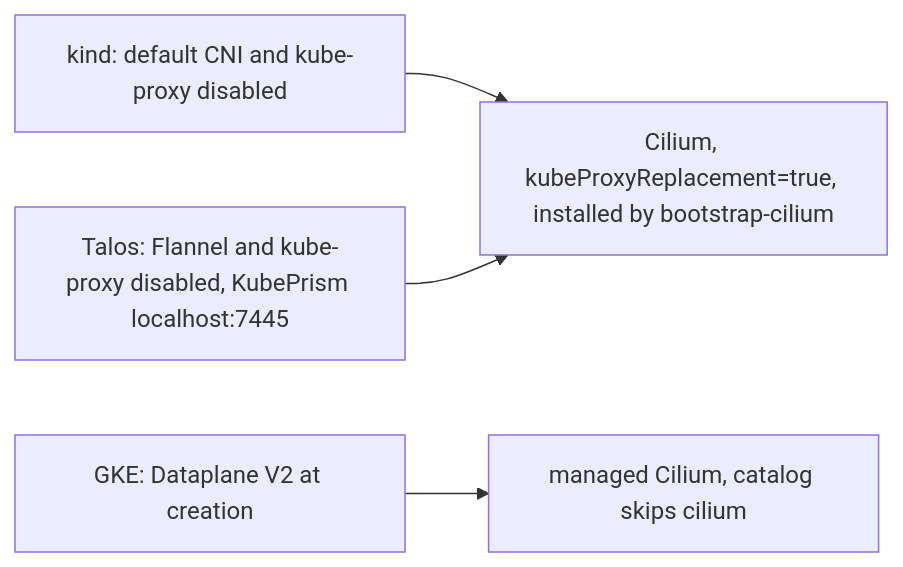
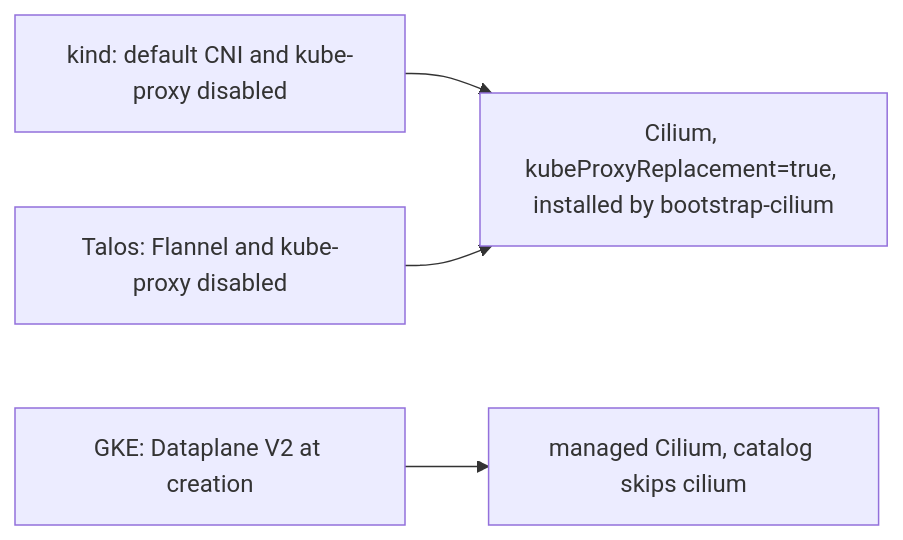
Before and after one commit to gsuquet/infra: the diagram in docs/rfc/0011-cilium-cni-and-gke-dataplane-v2.md, drawn with Mermaid. The commit also changed other lines of this file and 37 other files, not shown here.

````diff
--- a/docs/rfc/0011-cilium-cni-and-gke-dataplane-v2.md
+++ b/docs/rfc/0011-cilium-cni-and-gke-dataplane-v2.md
@@ -74,6 +81,6 @@
 ```mermaid
 flowchart LR
     K["kind: default CNI and kube-proxy disabled"] --> C["Cilium, kubeProxyReplacement=true, installed by bootstrap-cilium"]
-    T["Talos: Flannel and kube-proxy disabled, KubePrism localhost:7445"] --> C
+    T["Talos: Flannel and kube-proxy disabled"] --> C
     G["GKE: Dataplane V2 at creation"] --> D["managed Cilium, catalog skips cilium"]
 ```
````
